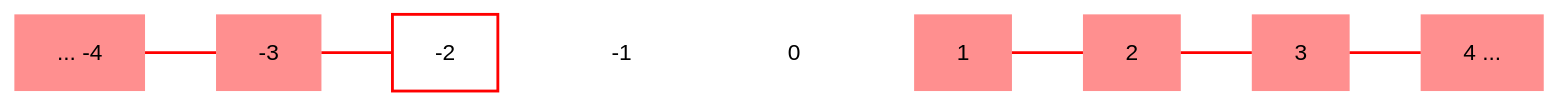
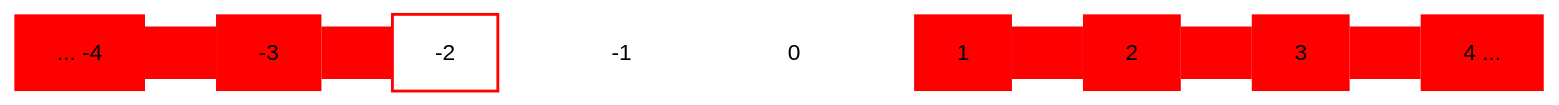
Before and after one commit to HokoraYinphineMPP/obsidian-git-sync: the second of 3 diagrams in CSE 2010-12(83648)/2022-09-07 - C++ Control Flow with if-else statements.md, drawn with Mermaid (forest theme). The commit also changed other lines of this file, not shown here.

````diff
--- a/CSE 2010-12(83648)/2022-09-07 - C++ Control Flow with if-else statements.md
+++ b/CSE 2010-12(83648)/2022-09-07 - C++ Control Flow with if-else statements.md
@@ -313,21 +315,21 @@
 ```mermaid
 flowchart LR  
     C[... -4]:::Yes---D
     D[-3]:::Yes---E
     E[-2]:::No---F
     F[-1]:::Num---G
     G[0]:::Num---H
     H[1]:::Yes---I
     I[2]:::Yes---J
     J[3]:::Yes---K
     K[4 ...]:::Yes
-	classDef Num fill:#0000,stroke-width:0px;
-	classDef Yes fill:#ff000070,stroke-width:0px;
-	classDef No fill:#0000,stroke-width:2px,stroke:#f00;
-    linkStyle 0 stroke-width:2px,fill:none,stroke:red;
-    linkStyle 1 stroke-width:2px,fill:none,stroke:red;
-    linkStyle 5 stroke-width:2px,fill:none,stroke:red;
-    linkStyle 6 stroke-width:2px,fill:none,stroke:red;
-    linkStyle 7 stroke-width:2px,fill:none,stroke:red;
-    linkStyle default stroke-width:2px,fill:none,stroke:white;
+	classDef Num fill:#fff,color:#000,stroke-width:0px;
+	classDef Yes fill:#f00,stroke-width:0px;
+	classDef No fill:#fff,color:#000,stroke-width:2px,stroke:#f00;
+    linkStyle 0 stroke-width:37px,fill:none,stroke:red;
+    linkStyle 1 stroke-width:37px,fill:none,stroke:red;
+    linkStyle 5 stroke-width:37px,fill:none,stroke:red;
+    linkStyle 6 stroke-width:37px,fill:none,stroke:red;
+    linkStyle 7 stroke-width:37px,fill:none,stroke:red;
+    linkStyle default stroke-width:37px,fill:none,stroke:white;
 ```
````
